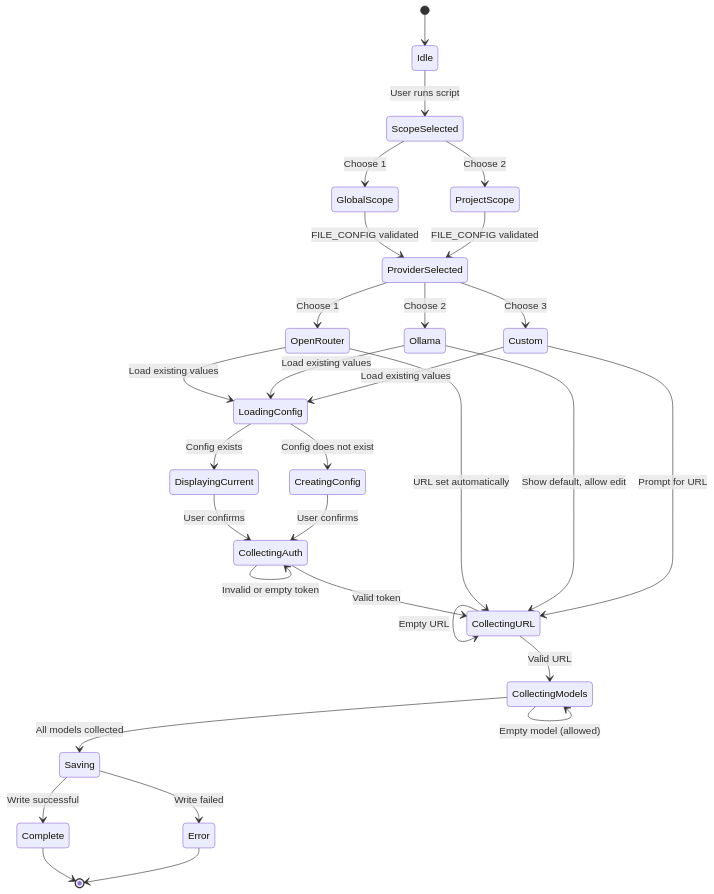
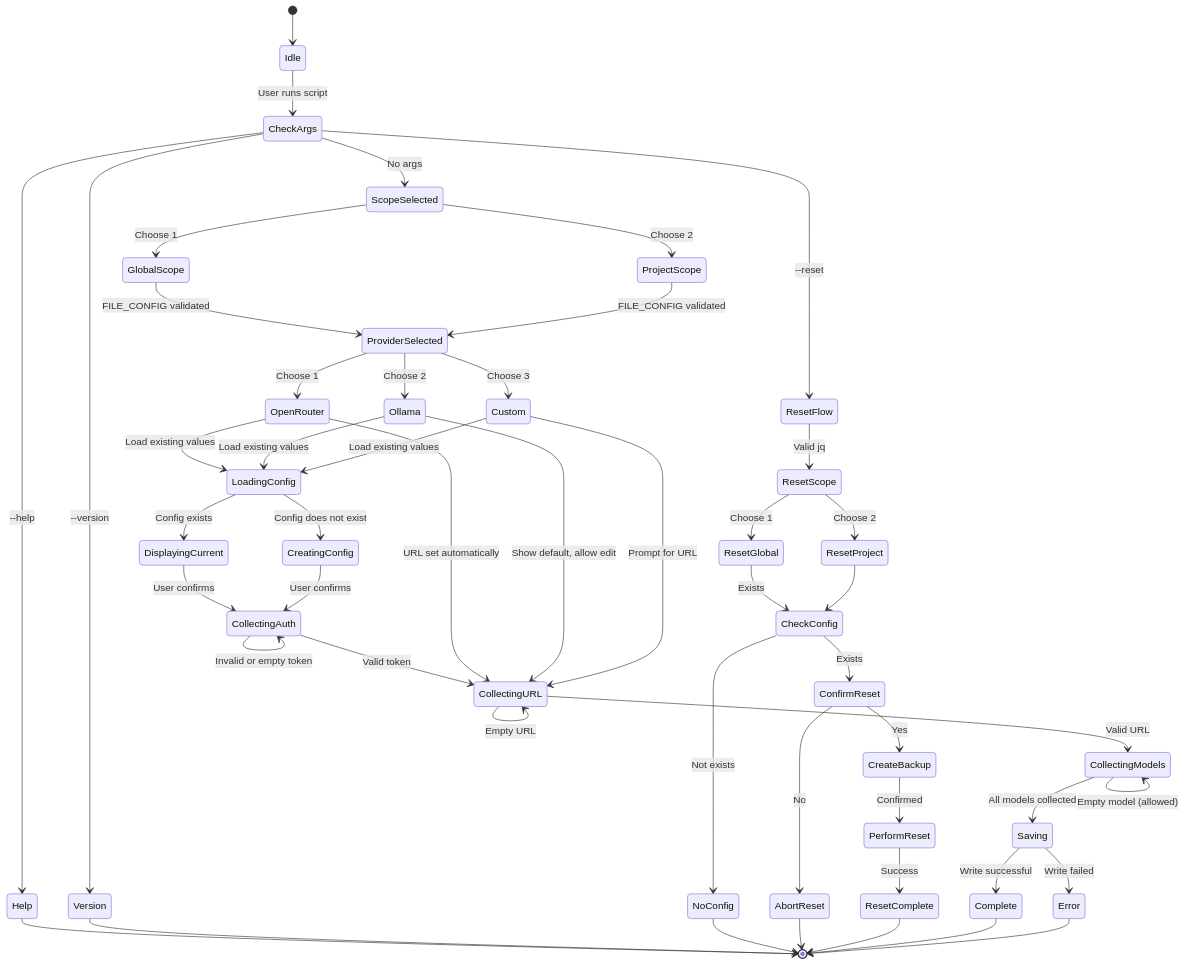
The fifth of 5 diagrams in README.md (obiwancenobi/claude-custom), drawn with Mermaid before and after one commit. The commit also changed other lines of this file and 1 other file, not shown here.

Commit message:
feat: add --reset option to remove claude-custom keys

````diff
--- a/README.md
+++ b/README.md
@@ -390,44 +489,67 @@
 ```mermaid
 stateDiagram-v2
     [*] --> Idle
 
-    Idle --> ScopeSelected: User runs script
+    Idle --> CheckArgs: User runs script
+    CheckArgs --> Help: --help
+    CheckArgs --> Version: --version
+    CheckArgs --> ResetFlow: --reset
+    CheckArgs --> ScopeSelected: No args
+
+    Help --> [*]
+    Version --> [*]
+
+    ResetFlow --> ResetScope: Valid jq
+    ResetScope --> ResetGlobal: Choose 1
+    ResetScope --> ResetProject: Choose 2
+    ResetGlobal --> CheckConfig: Exists
+    ResetProject --> CheckConfig
+    CheckConfig --> NoConfig: Not exists
+    CheckConfig --> ConfirmReset: Exists
+    NoConfig --> [*]
+    ConfirmReset --> AbortReset: No
+    ConfirmReset --> CreateBackup: Yes
+    AbortReset --> [*]
+    CreateBackup --> PerformReset: Confirmed
+    PerformReset --> ResetComplete: Success
+    ResetComplete --> [*]
+
     ScopeSelected --> GlobalScope: Choose 1
     ScopeSelected --> ProjectScope: Choose 2
 
     GlobalScope --> ProviderSelected: FILE_CONFIG validated
     ProjectScope --> ProviderSelected: FILE_CONFIG validated
 
     ProviderSelected --> OpenRouter: Choose 1
     ProviderSelected --> Ollama: Choose 2
     ProviderSelected --> Custom: Choose 3
 
     OpenRouter --> LoadingConfig: Load existing values
     Ollama --> LoadingConfig: Load existing values
     Custom --> LoadingConfig: Load existing values
 
     LoadingConfig --> DisplayingCurrent: Config exists
     LoadingConfig --> CreatingConfig: Config does not exist
 
     DisplayingCurrent --> CollectingAuth: User confirms
     CreatingConfig --> CollectingAuth: User confirms
 
     CollectingAuth --> CollectingURL: Valid token
     CollectingAuth --> CollectingAuth: Invalid or empty token
 
     OpenRouter --> CollectingURL: URL set automatically
     Ollama --> CollectingURL: Show default, allow edit
     Custom --> CollectingURL: Prompt for URL
 
     CollectingURL --> CollectingModels: Valid URL
     CollectingURL --> CollectingURL: Empty URL
 
     CollectingModels --> Saving: All models collected
     CollectingModels --> CollectingModels: Empty model (allowed)
 
     Saving --> Complete: Write successful
     Saving --> Error: Write failed
 
     Complete --> [*]
     Error --> [*]
 ```
````
